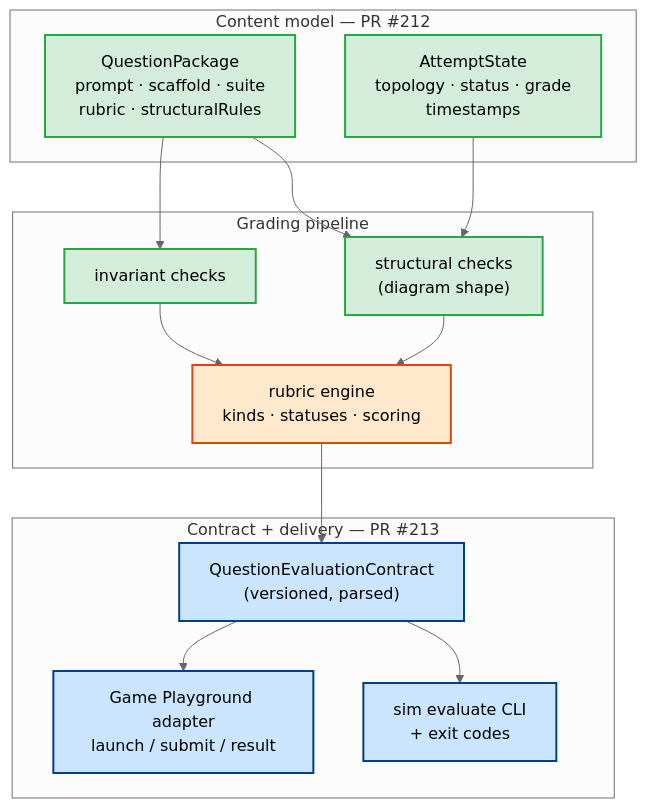
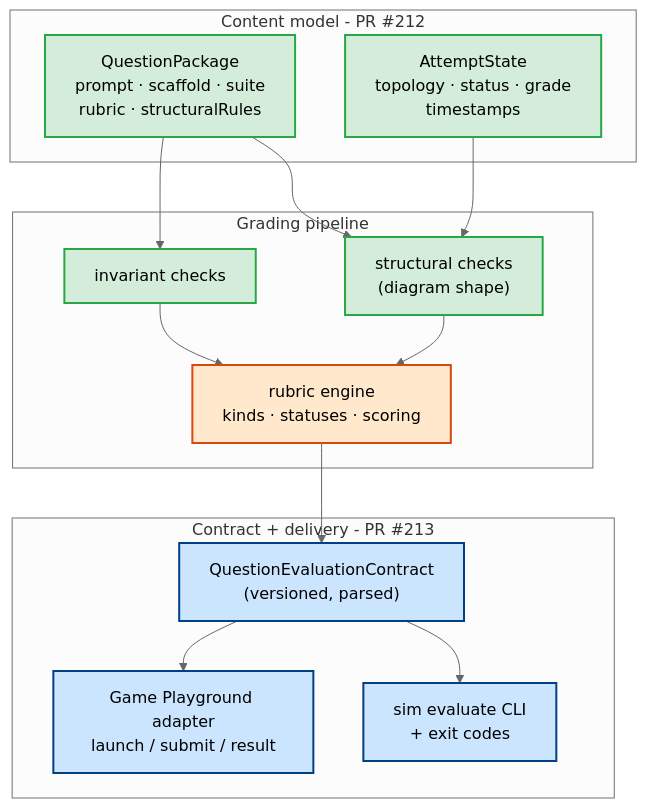
The diagram in docs/question-platform-hardening/README.md (Newton-School/ns-simulator-docs), drawn with Mermaid (neutral theme) before and after one commit. The commit also changed other lines of this file and 160 other files, not shown here.

First line of the commit message:
feat: Add execution roadmap and deployment documentation

````diff
--- a/docs/question-platform-hardening/README.md
+++ b/docs/question-platform-hardening/README.md
@@ -77,30 +77,30 @@
 ```mermaid
 flowchart TB
   classDef p212 fill:#d4edda,stroke:#28a745,stroke-width:2px,color:#000
   classDef p213 fill:#cce5ff,stroke:#004085,stroke-width:2px,color:#000
   classDef p214 fill:#ffe8cc,stroke:#d9480f,stroke-width:2px,color:#000
 
-  subgraph CONTENT["Content model — PR #212"]
+  subgraph CONTENT["Content model - PR #212"]
     QP["QuestionPackage<br/>prompt · scaffold · suite<br/>rubric · structuralRules"]:::p212
     AS["AttemptState<br/>topology · status · grade<br/>timestamps"]:::p212
   end
 
   subgraph PIPELINE["Grading pipeline"]
     STR["structural checks<br/>(diagram shape)"]:::p212
     INV["invariant checks"]:::p212
     RUB["rubric engine<br/>kinds · statuses · scoring"]:::p214
   end
 
-  subgraph CONTRACT["Contract + delivery — PR #213"]
+  subgraph CONTRACT["Contract + delivery - PR #213"]
     EC["QuestionEvaluationContract<br/>(versioned, parsed)"]:::p213
     CLI["sim evaluate CLI<br/>+ exit codes"]:::p213
     GP["Game Playground adapter<br/>launch / submit / result"]:::p213
   end
 
   QP --> STR --> RUB
   QP --> INV --> RUB
   AS --> STR
   RUB --> EC
   EC --> CLI
   EC --> GP
 ```
````
